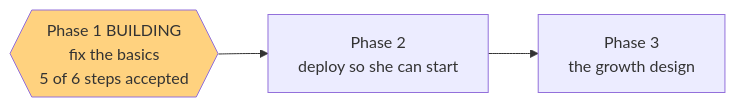
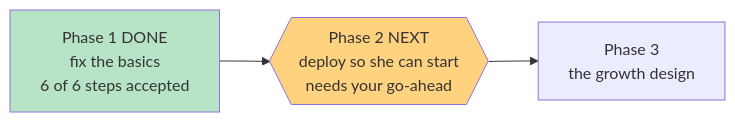
The diagram in .oplan/poc-basics/STATUS.md (dkreinov/magic-clinic-english), drawn with Mermaid before and after one commit. The commit also changed other lines of this file and 3 other files, not shown here.

Commit message:
oplan: phase 1 closed (6/6 steps, 9/9 criteria), field guide curated, paused before the deploy

````diff
--- a/.oplan/poc-basics/STATUS.md
+++ b/.oplan/poc-basics/STATUS.md
@@ -9,7 +10,8 @@
 ```mermaid
 flowchart LR
-    P1{{Phase 1 BUILDING<br/>fix the basics<br/>5 of 6 steps accepted}} --> P2
-    P2[Phase 2<br/>deploy so she can start]  --> P3
+    P1[Phase 1 DONE<br/>fix the basics<br/>6 of 6 steps accepted] --> P2
+    P2{{Phase 2 NEXT<br/>deploy so she can start<br/>needs your go-ahead}} --> P3
     P3[Phase 3<br/>the growth design]
-    style P1 fill:#ffd27f
+    style P1 fill:#b7e4c7
+    style P2 fill:#ffd27f
 ```
````
